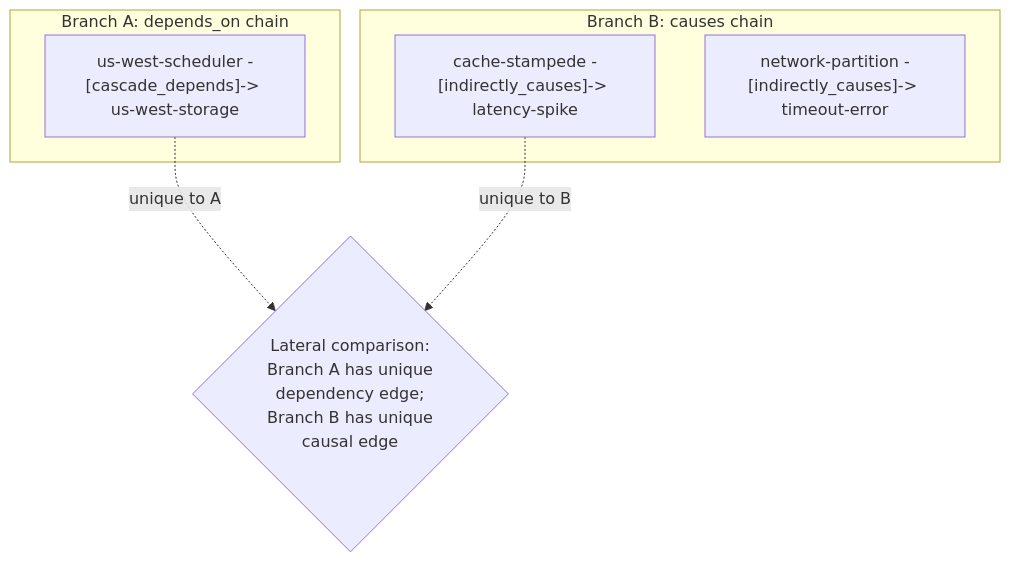
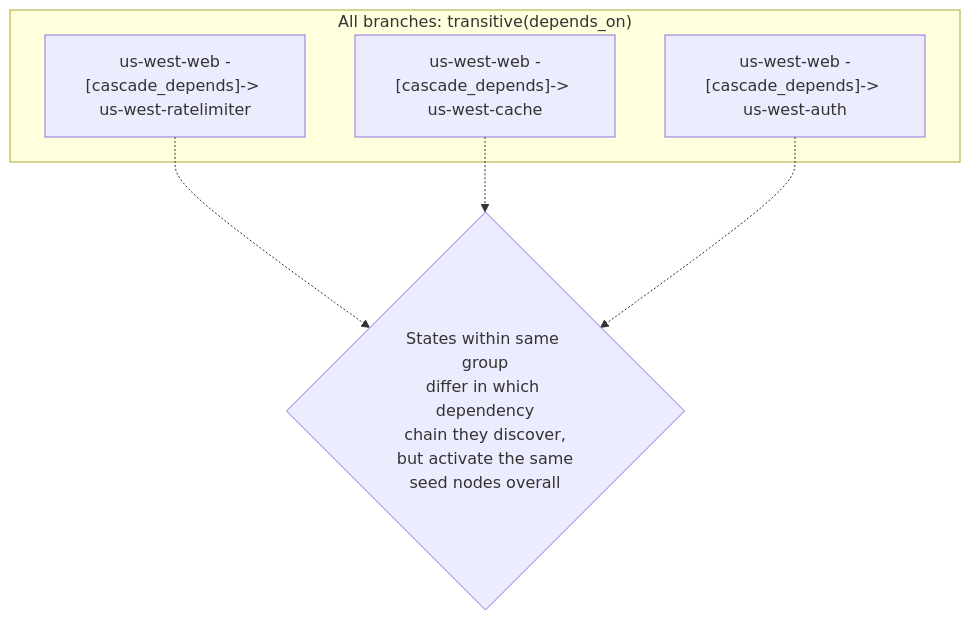
Before and after one commit to antquinonez/Hyper3: the fourth of 4 diagrams in examples/showcase/reasoning/multiway_reasoning/README.md, drawn with Mermaid. The commit also changed other lines of this file and 2 other files, not shown here.

First line of the commit message:
Fix showcase README/slides accuracy: describe actual output at max_states=50

````diff
--- a/examples/showcase/reasoning/multiway_reasoning/README.md
+++ b/examples/showcase/reasoning/multiway_reasoning/README.md
@@ -250,14 +277,12 @@
 ```mermaid
 graph TB
-    subgraph "Branch A: depends_on chain"
-        A1["us-west-scheduler -[cascade_depends]-> us-west-storage"]
+    subgraph "All branches: transitive(depends_on)"
+        A1["us-west-web -[cascade_depends]-> us-west-ratelimiter"]
+        A2["us-west-web -[cascade_depends]-> us-west-cache"]
+        A3["us-west-web -[cascade_depends]-> us-west-auth"]
     end
 
-    subgraph "Branch B: causes chain"
-        B1["cache-stampede -[indirectly_causes]-> latency-spike"]
-        B2["network-partition -[indirectly_causes]-> timeout-error"]
-    end
-
-    A1 -.unique to A.-> L{"Lateral comparison:\nBranch A has unique\ndependency edge;\nBranch B has unique\ncausal edge"}
-    B1 -.unique to B.-> L
+    A1 -.-> L{"States within same group<br/>differ in which dependency<br/>chain they discover,<br/>but activate the same<br/>seed nodes overall"}
+    A2 -.-> L
+    A3 -.-> L
 ```
````
